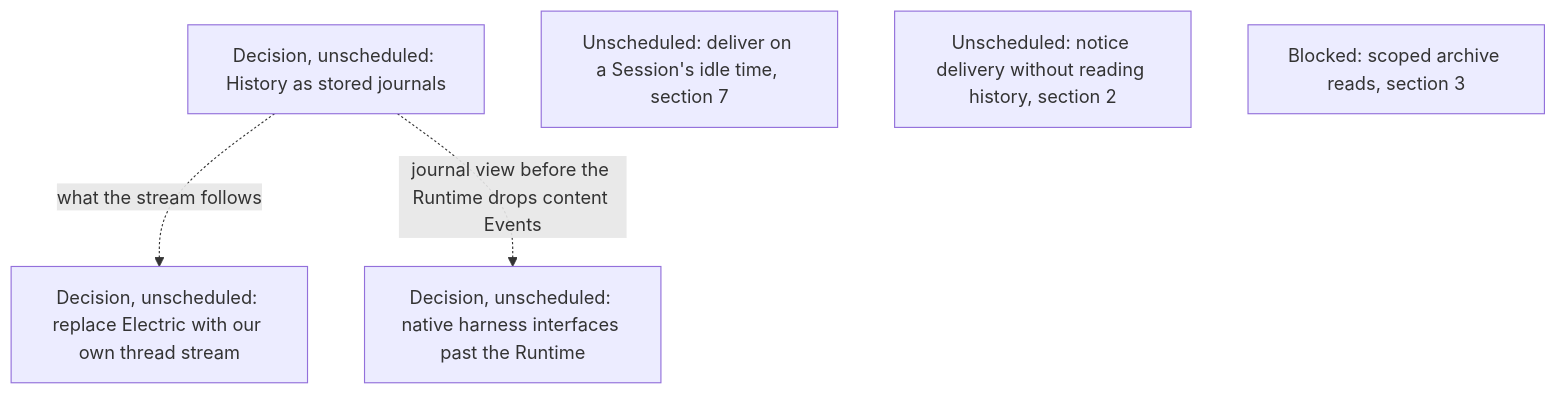
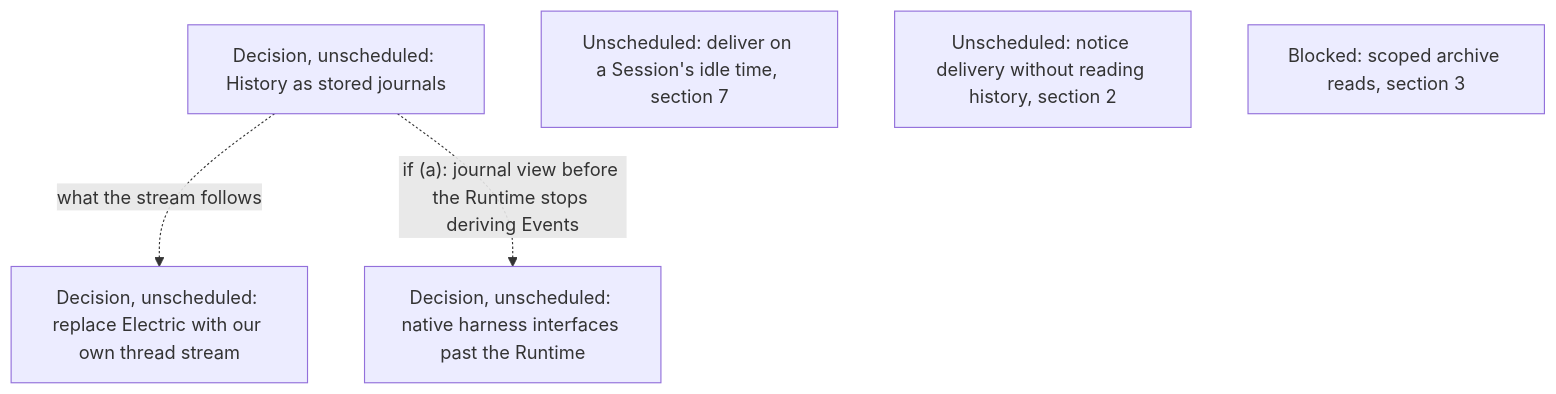
Diagram 14 of 20 in agentplane/plans/task_dag.md (agentydragon/ducktape), drawn with Mermaid before and after one commit. The commit also changed other lines of this file and 2 other files, not shown here.

First line of the commit message:
agentplane/plans: weigh native pass-through against Runtime translation

````diff
--- a/agentplane/plans/task_dag.md
+++ b/agentplane/plans/task_dag.md
@@ -2323,11 +2323,11 @@
 ```mermaid
 flowchart TD
     JOURNAL_REPRESENTATION_DESIGN[Decision, unscheduled: History as stored journals]
     THREAD_SYNC_WITHOUT_ELECTRIC[Decision, unscheduled: replace Electric with our own thread stream]
     JOURNAL_REPRESENTATION_DESIGN -. what the stream follows .-> THREAD_SYNC_WITHOUT_ELECTRIC
     NATIVE_HARNESS_INTERFACES_DESIGN[Decision, unscheduled: native harness interfaces past the Runtime]
-    JOURNAL_REPRESENTATION_DESIGN -. journal view before the Runtime drops content Events .-> NATIVE_HARNESS_INTERFACES_DESIGN
+    JOURNAL_REPRESENTATION_DESIGN -. if (a): journal view before the Runtime stops deriving Events .-> NATIVE_HARNESS_INTERFACES_DESIGN
     SESSION_ACTIVITY_STREAM[Unscheduled: deliver on a Session's idle time, section 7]
     NOTIFICATION_COMMAND_OUTCOME_DESIGN[Unscheduled: notice delivery without reading history, section 2]
     THREAD_READ_POLICY[Blocked: scoped archive reads, section 3]
 ```
````
